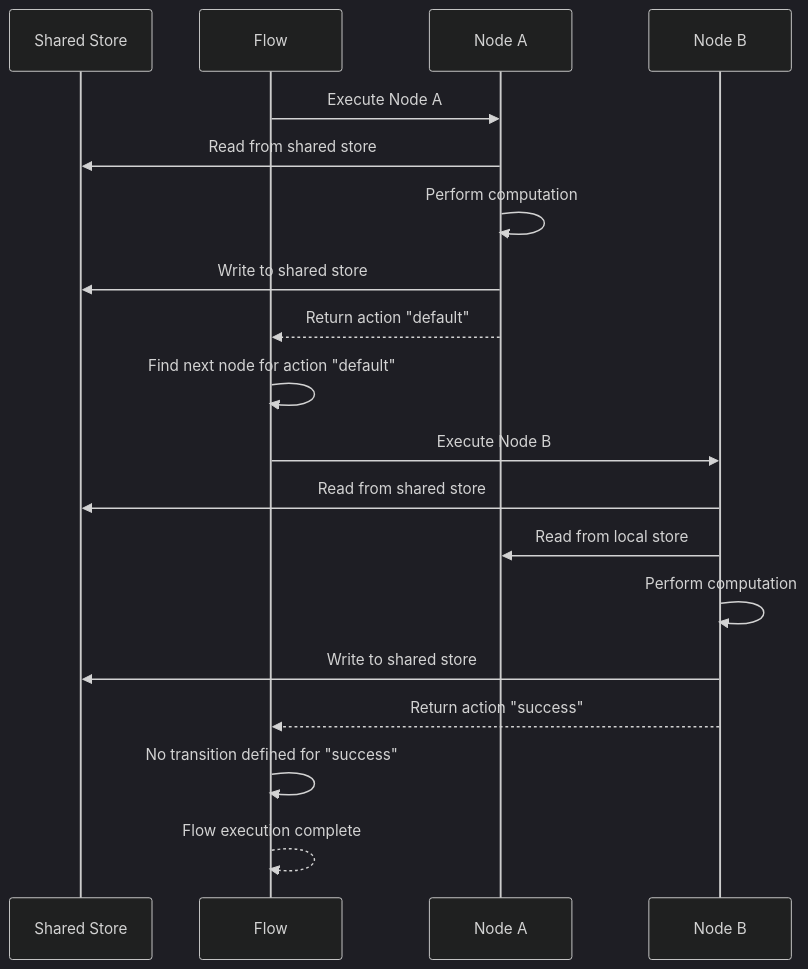
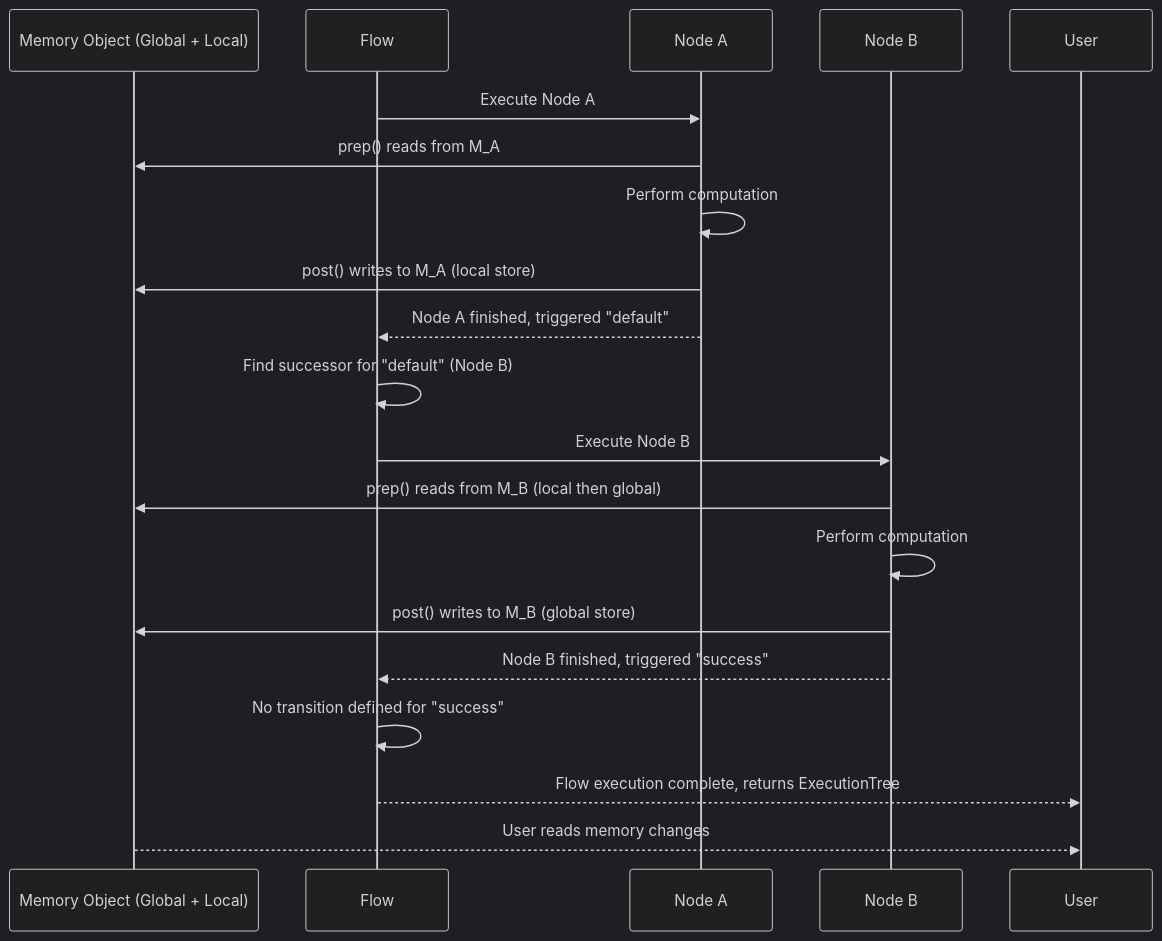
One commit to skadaai/caskada changed the first of 3 diagrams in docs/core_abstraction/flow.md. Above: the diagram before and after it, drawn with Mermaid (dark theme). The commit also changed other lines of this file and 19 other files, not shown here.

````diff
--- a/docs/core_abstraction/flow.md
+++ b/docs/core_abstraction/flow.md
@@ -88,24 +94,24 @@
 ```mermaid
 sequenceDiagram
-    participant S as Shared Store
+    participant M as Memory Object (Global + Local)
     participant F as Flow
     participant N1 as Node A
     participant N2 as Node B
 
     F->>N1: Execute Node A
-    N1->>S: Read from shared store
+    N1->>M: prep() reads from M_A
     N1->>N1: Perform computation
-    N1->>S: Write to shared store
-    N1-->>F: Return action "default"
+    N1->>M: post() writes to M_A (local store)
+    N1-->>F: Node A finished, triggered "default"
 
-    F->>F: Find next node for action "default"
+    F->>F: Find successor for "default" (Node B)
     F->>N2: Execute Node B
-    N2->>S: Read from shared store
-    N2->>N1: Read from local store
+    N2->>M: prep() reads from M_B (local then global)
     N2->>N2: Perform computation
-    N2->>S: Write to shared store
-    N2-->>F: Return action "success"
+    N2->>M: post() writes to M_B (global store)
+    N2-->>F: Node B finished, triggered "success"
 
     F->>F: No transition defined for "success"
-    F-->>F: Flow execution complete
+    F-->>User: Flow execution complete, returns ExecutionTree
+    M-->>User: User reads memory changes
 ```
````
